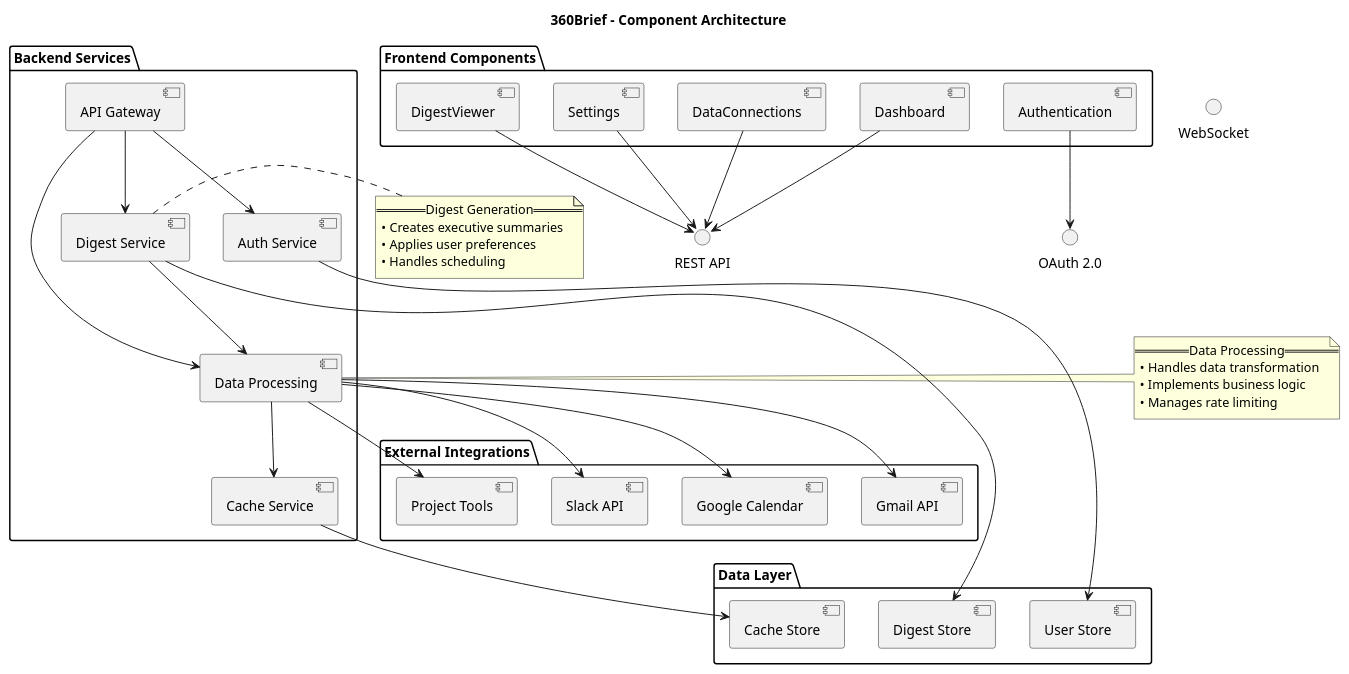
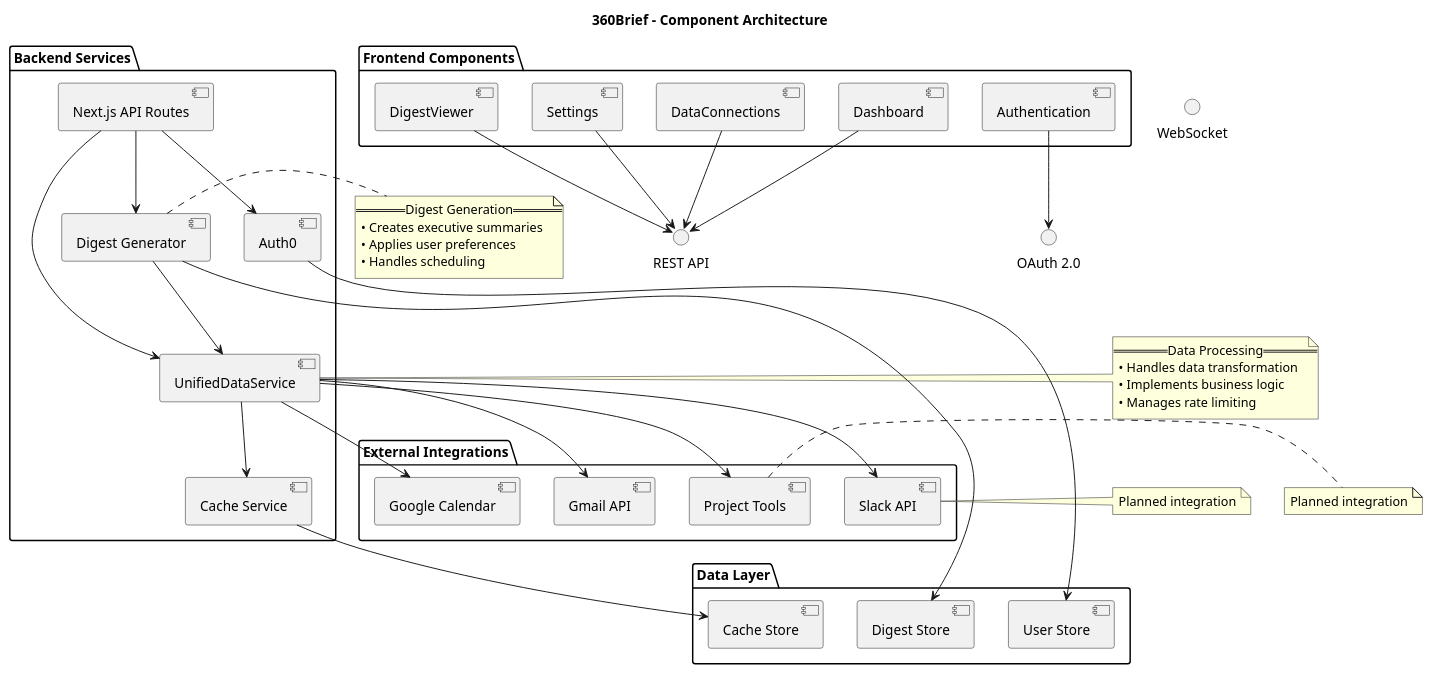
The diagram in docs/architecture/component_diagram.puml (ask-andrew/360brief), drawn with PlantUML before and after one commit. The commit also changed 3 other files, not shown here.

Commit message:
content(home): add relatable story section and signup link; update architecture diagrams

```diff
--- a/docs/architecture/component_diagram.puml
+++ b/docs/architecture/component_diagram.puml
@@ -1,81 +1,89 @@
 @startuml 360Brief - Component Diagram
 
 title 360Brief - Component Architecture
 
 ' Define components
 package "Frontend Components" {
     [Dashboard] as dashboard
     [Authentication] as auth_ui
     [Settings] as settings
     [DigestViewer] as digest_viewer
     [DataConnections] as connections
 }
 
 package "Backend Services" {
-    [API Gateway] as api_gateway
-    [Auth Service] as auth_service
-    [Digest Service] as digest_service
-    [Data Processing] as data_processing
+    [Next.js API Routes] as api_gateway
+    [Auth0] as auth_service
+    [Digest Generator] as digest_service
+    [UnifiedDataService] as data_processing
     [Cache Service] as cache_service
 }
 
 package "Data Layer" {
     [User Store] as user_store
     [Digest Store] as digest_store
     [Cache Store] as cache_store
 }
 
 package "External Integrations" {
     [Gmail API] as gmail
     [Google Calendar] as calendar
     [Slack API] as slack
     [Project Tools] as project_tools
 }
 
 ' Define interfaces
 interface "REST API" as rest_api
 interface "WebSocket" as ws
 interface "OAuth 2.0" as oauth
 
 ' Frontend connections
 dashboard --> rest_api
 auth_ui --> oauth
 settings --> rest_api
 digest_viewer --> rest_api
 connections --> rest_api
 
 ' Backend connections
 api_gateway --> auth_service
 api_gateway --> digest_service
 api_gateway --> data_processing
 
 digest_service --> data_processing
 data_processing --> cache_service
 
 ' Data connections
 auth_service --> user_store
 digest_service --> digest_store
 cache_service --> cache_store
 
 ' External connections
 data_processing --> gmail
 data_processing --> calendar
 data_processing --> slack
 data_processing --> project_tools
 
 ' Add notes
 note right of data_processing
   == Data Processing ==
   • Handles data transformation
   • Implements business logic
   • Manages rate limiting
 end note
 
 note right of digest_service
   == Digest Generation ==
   • Creates executive summaries
   • Applies user preferences
   • Handles scheduling
 end note
 
+note right of slack
+  Planned integration
+end note
+
+note right of project_tools
+  Planned integration
+end note
+
 @enduml
```
